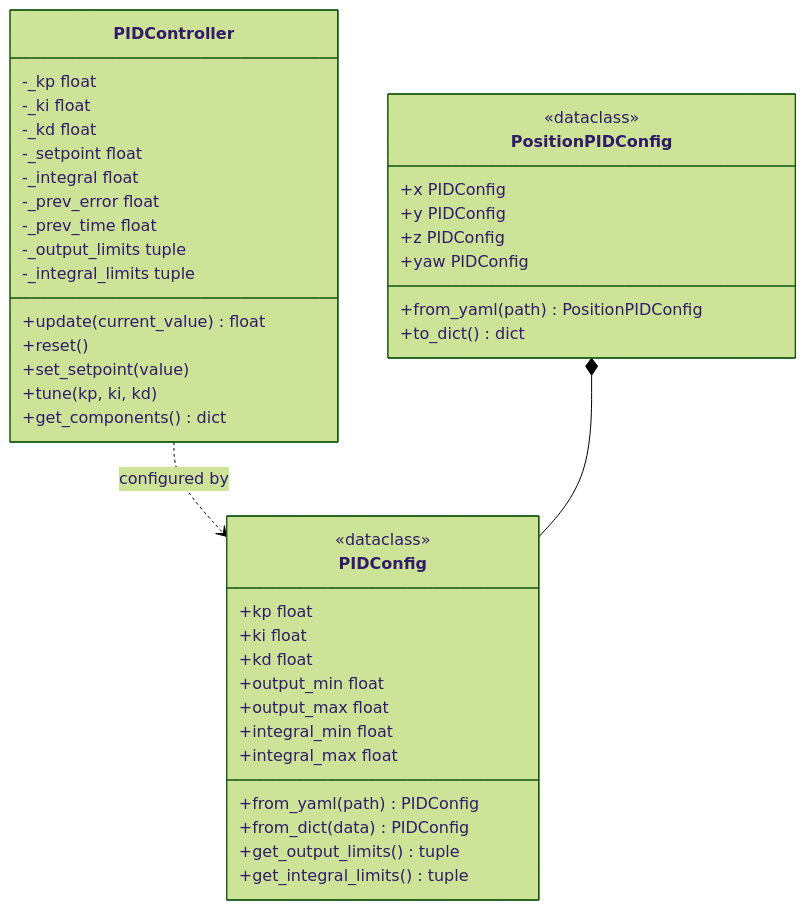
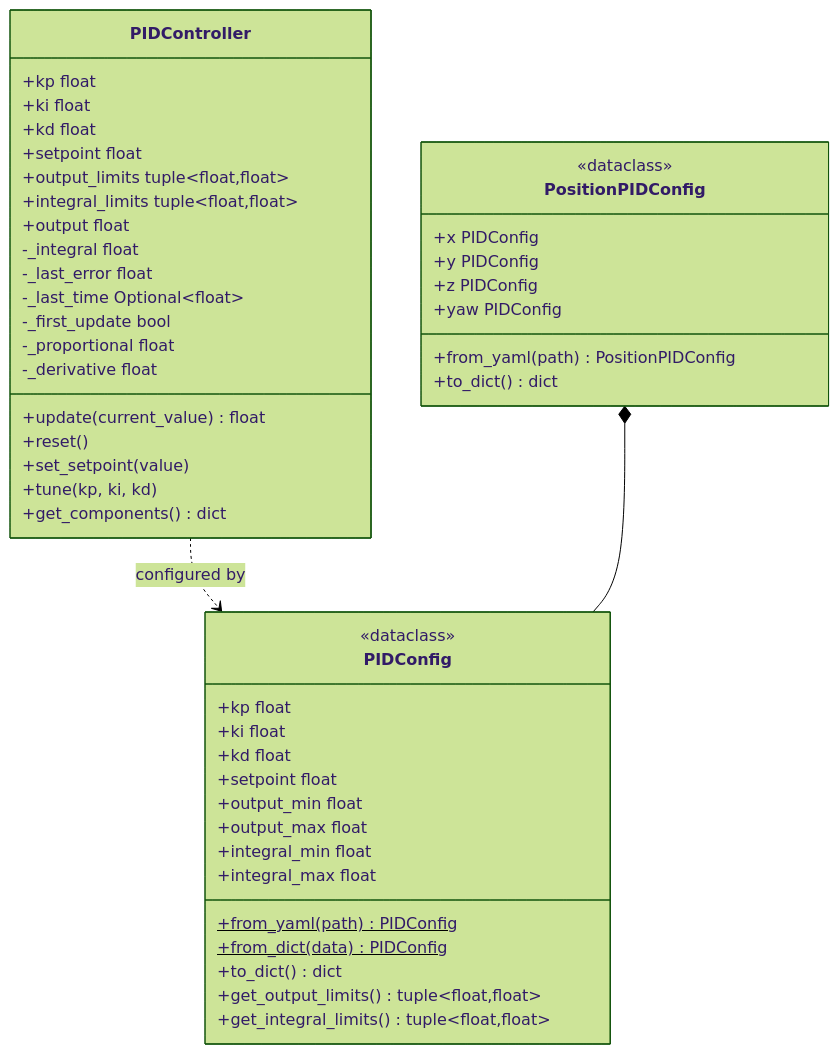
The diagram in nectar/nectar/control/pid/README.md (Black-Bee-Drones/nectar-sdk), drawn with Mermaid (forest theme) before and after one commit. The commit also changed 3 other files, not shown here.

Commit message:
feat: update control module diagrams

````diff
--- a/nectar/nectar/control/pid/README.md
+++ b/nectar/nectar/control/pid/README.md
@@ -7,47 +7,53 @@
 ```mermaid
 classDiagram
     class PIDController {
-        -_kp float
-        -_ki float
-        -_kd float
-        -_setpoint float
+        +kp float
+        +ki float
+        +kd float
+        +setpoint float
+        +output_limits tuple~float,float~
+        +integral_limits tuple~float,float~
+        +output float
         -_integral float
-        -_prev_error float
-        -_prev_time float
-        -_output_limits tuple
-        -_integral_limits tuple
+        -_last_error float
+        -_last_time Optional~float~
+        -_first_update bool
+        -_proportional float
+        -_derivative float
         +update(current_value) float
         +reset()
         +set_setpoint(value)
         +tune(kp, ki, kd)
         +get_components() dict
     }
 
     class PIDConfig {
         <<dataclass>>
         +kp float
         +ki float
         +kd float
+        +setpoint float
         +output_min float
         +output_max float
         +integral_min float
         +integral_max float
-        +from_yaml(path) PIDConfig
-        +from_dict(data) PIDConfig
-        +get_output_limits() tuple
-        +get_integral_limits() tuple
+        +from_yaml(path)$ PIDConfig
+        +from_dict(data)$ PIDConfig
+        +to_dict() dict
+        +get_output_limits() tuple~float,float~
+        +get_integral_limits() tuple~float,float~
     }
 
     class PositionPIDConfig {
         <<dataclass>>
         +x PIDConfig
         +y PIDConfig
         +z PIDConfig
         +yaw PIDConfig
         +from_yaml(path) PositionPIDConfig
         +to_dict() dict
     }
 
     PIDController ..> PIDConfig : configured by
     PositionPIDConfig *-- PIDConfig
 ```
````
